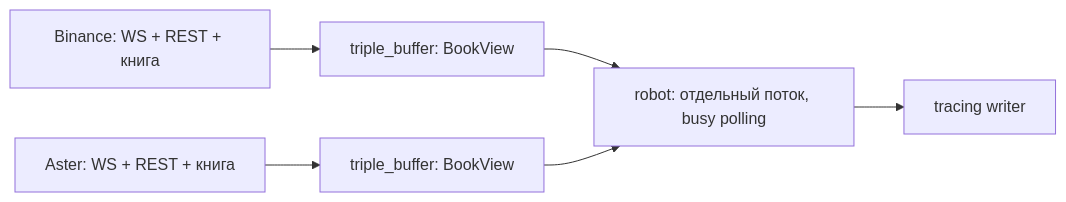
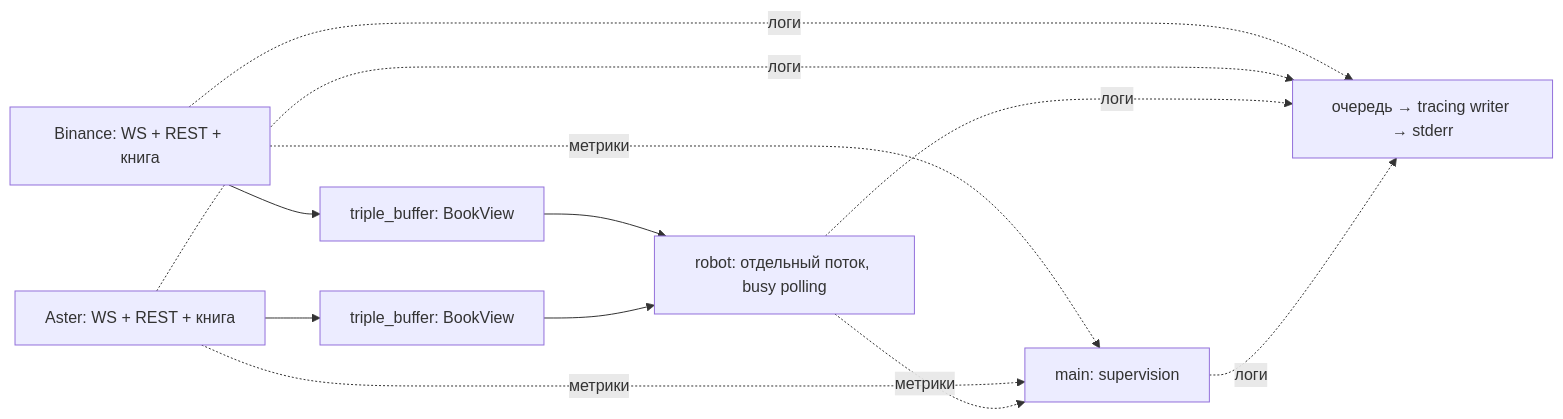
One commit to ByteNacked/hft-test-task changed the diagram in docs/ARCHITECTURE.md. Above: the diagram before and after it, drawn with Mermaid. The commit also changed other lines of this file and 23 other files, not shown here.

````diff
--- a/docs/ARCHITECTURE.md
+++ b/docs/ARCHITECTURE.md
@@ -9,8 +9,14 @@
 ```mermaid
 flowchart LR
     B[Binance: WS + REST + книга] --> BV[triple_buffer: BookView]
     A[Aster: WS + REST + книга] --> AV[triple_buffer: BookView]
     BV --> R[robot: отдельный поток, busy polling]
     AV --> R
-    R --> L[tracing writer]
+    B -. метрики .-> S[main: supervision]
+    A -. метрики .-> S
+    R -. метрики .-> S
+    B -. логи .-> L[очередь → tracing writer → stderr]
+    A -. логи .-> L
+    R -. логи .-> L
+    S -. логи .-> L
 ```
````
